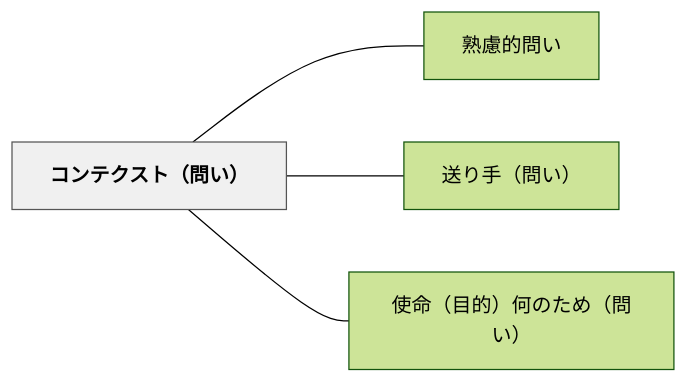
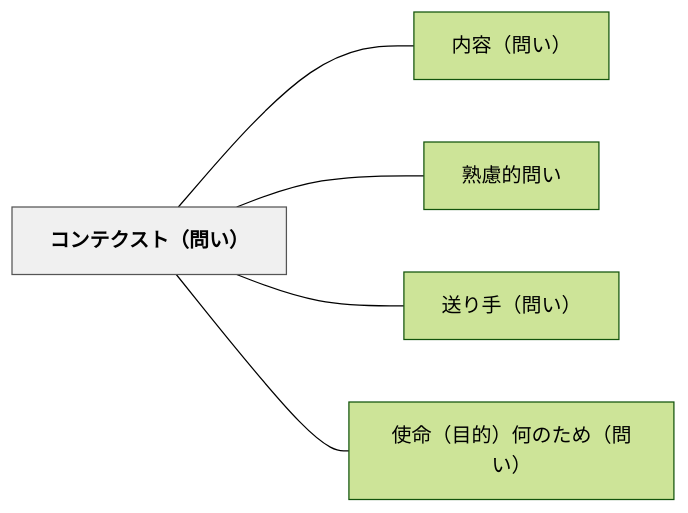
The diagram in content/パタン/コンテクスト（問い）.md (unknownthings-ed-patterns/unknownthings-ed-patterns), drawn with Mermaid (forest theme) before and after one commit. The commit also changed other lines of this file and 473 other files, not shown here.

````diff
--- a/content/パタン/コンテクスト（問い）.md
+++ b/content/パタン/コンテクスト（問い）.md
@@ -42,14 +43,16 @@
 ```mermaid
 flowchart LR
     ne382b3e383b3["コンテクスト（問い）"]
+    ne58685e5aeb9["内容（問い）"]
     ne7869fe685ae["熟慮的問い"]
     ne98081e3828a["送り手（問い）"]
     ne4bdbfe591bd["使命（目的）何のため（問い）"]
 
+    ne382b3e383b3 --- ne58685e5aeb9
     ne382b3e383b3 --- ne7869fe685ae
     ne382b3e383b3 --- ne98081e3828a
     ne382b3e383b3 --- ne4bdbfe591bd
 
     classDef hub fill:#f0f0f0,stroke:#555,color:#000,font-weight:bold
     class ne382b3e383b3 hub
 ```
````
